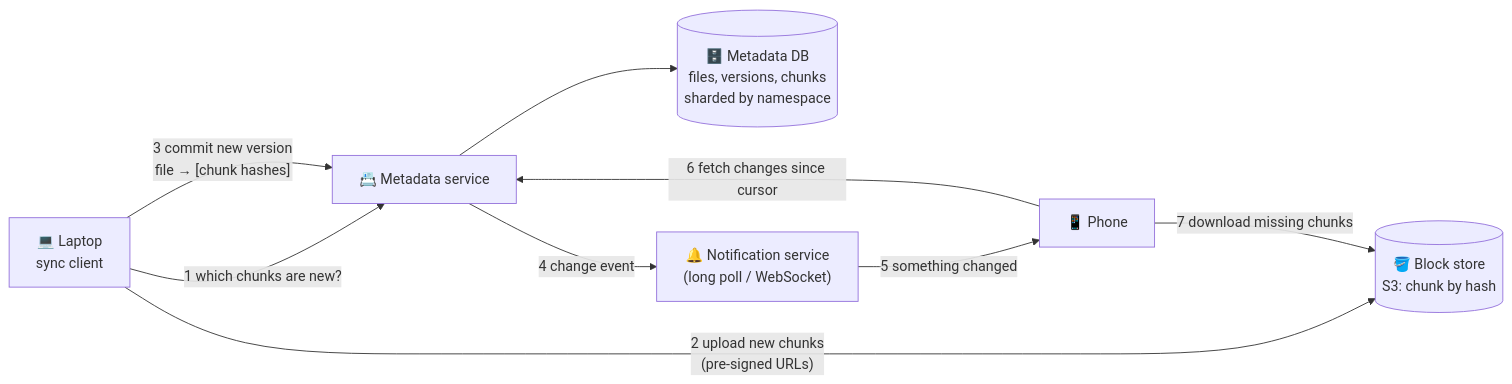
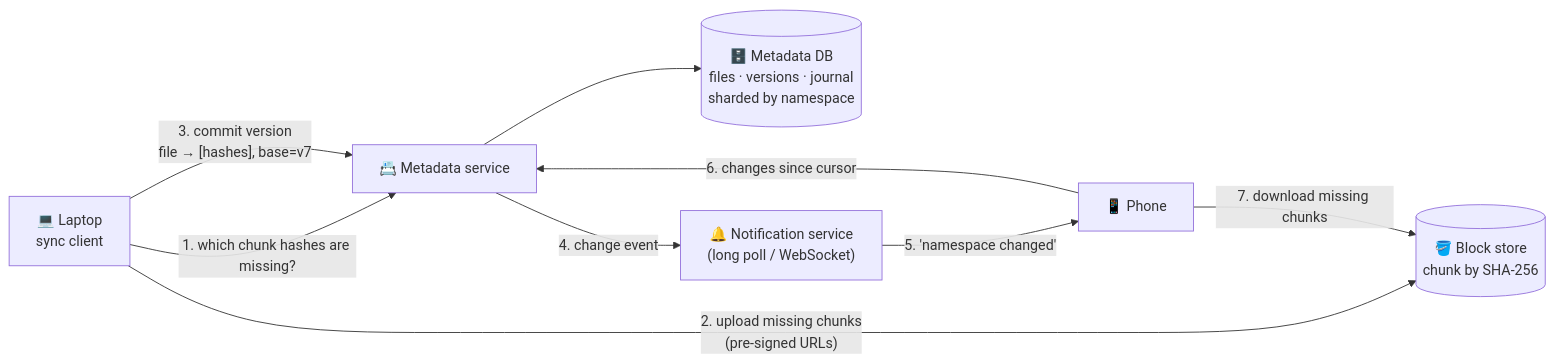
One commit to winnyboy5/System-Design-from-Atoms changed the diagram in phases/09-core-case-studies/080-design-file-sync.md. Above: the diagram before and after it, drawn with Mermaid. The commit also changed other lines of this file and 7 other files, not shown here.

````diff
--- a/phases/09-core-case-studies/080-design-file-sync.md
+++ b/phases/09-core-case-studies/080-design-file-sync.md
@@ -31,11 +41,11 @@
 ```mermaid
 flowchart LR
-    D1["💻 Laptop<br/>sync client"] -->|"1 which chunks are new?"| MS["📇 Metadata service"]
-    D1 -->|"2 upload new chunks<br/>(pre-signed URLs)"| BS[("🪣 Block store<br/>S3: chunk by hash")]
-    D1 -->|"3 commit new version<br/>file → [chunk hashes]"| MS
-    MS --> MDB[("🗄️ Metadata DB<br/>files, versions, chunks<br/>sharded by namespace")]
-    MS -->|"4 change event"| NS["🔔 Notification service<br/>(long poll / WebSocket)"]
-    NS -->|"5 something changed"| D2["📱 Phone"]
-    D2 -->|"6 fetch changes since cursor"| MS
-    D2 -->|"7 download missing chunks"| BS
+    D1["💻 Laptop<br/>sync client"] -->|"1. which chunk hashes are missing?"| MS["📇 Metadata service"]
+    D1 -->|"2. upload missing chunks<br/>(pre-signed URLs)"| BS[("🪣 Block store<br/>chunk by SHA-256")]
+    D1 -->|"3. commit version<br/>file → [hashes], base=v7"| MS
+    MS --> MDB[("🗄️ Metadata DB<br/>files · versions · journal<br/>sharded by namespace")]
+    MS -->|"4. change event"| NS["🔔 Notification service<br/>(long poll / WebSocket)"]
+    NS -->|"5. 'namespace changed'"| D2["📱 Phone"]
+    D2 -->|"6. changes since cursor"| MS
+    D2 -->|"7. download missing chunks"| BS
 ```
````
